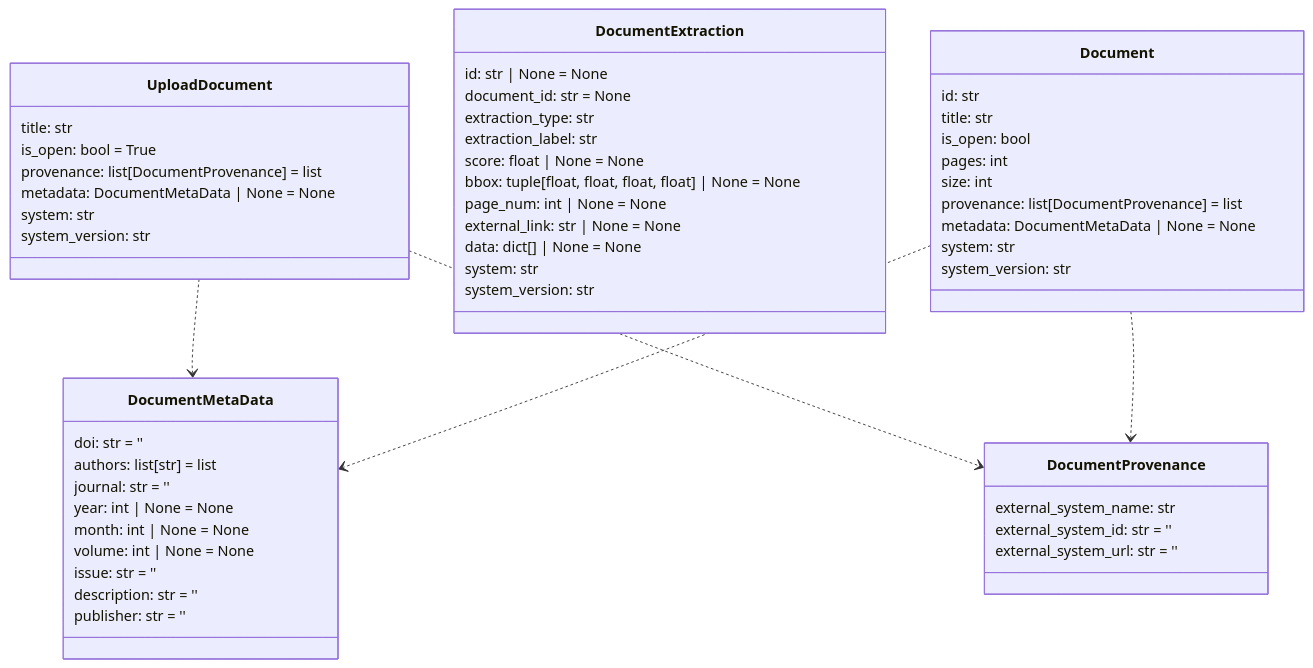
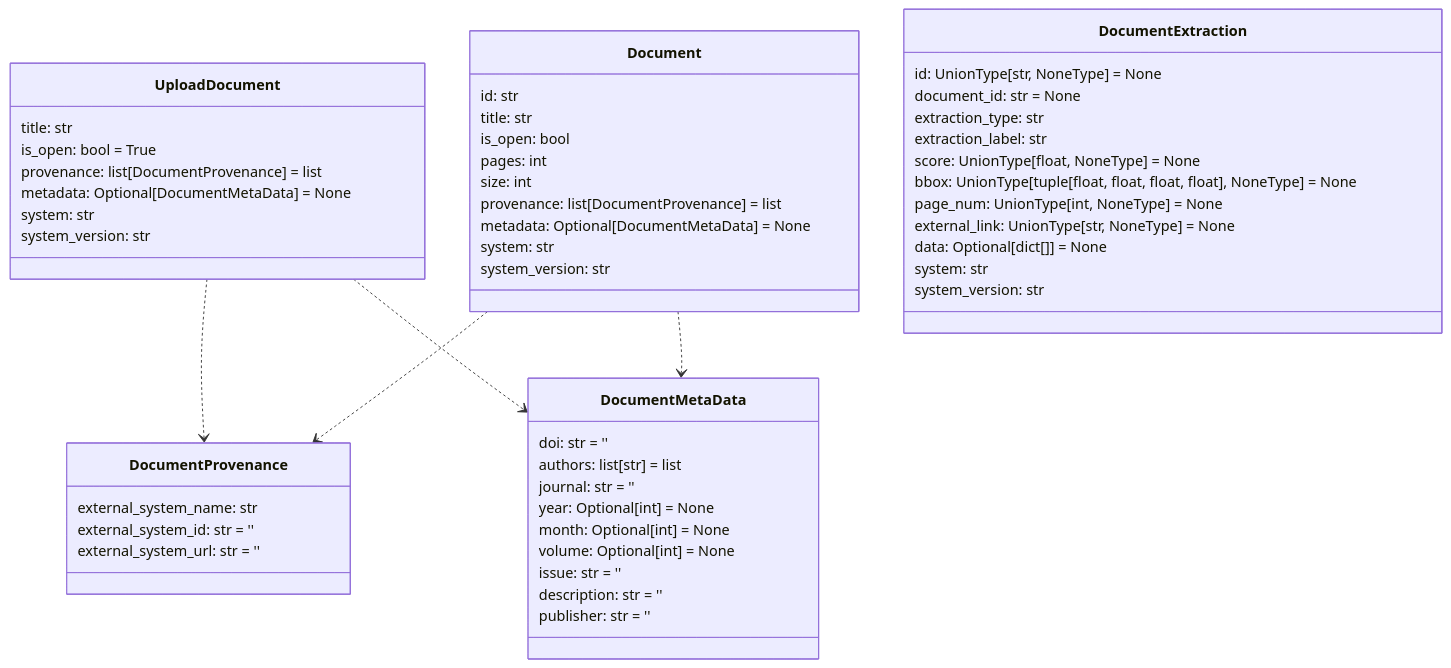
One commit to DARPA-CRITICALMAAS/cdr_schemas changed the ninth of 14 diagrams in README.md. Above: the diagram before and after it, drawn with Mermaid. The commit also changed other lines of this file and 1 other file, not shown here.

````diff
--- a/README.md
+++ b/README.md
@@ -694,63 +694,63 @@
 ```mermaid
 classDiagram
+
+    class Document {
+        id: str
+        title: str
+        is_open: bool
+        pages: int
+        size: int
+        provenance: list[DocumentProvenance] = list
+        metadata: Optional[DocumentMetaData] = None
+        system: str
+        system_version: str
+    }
 
     class DocumentMetaData {
         doi: str = ''
         authors: list[str] = list
         journal: str = ''
-        year: int | None = None
-        month: int | None = None
-        volume: int | None = None
+        year: Optional[int] = None
+        month: Optional[int] = None
+        volume: Optional[int] = None
         issue: str = ''
         description: str = ''
         publisher: str = ''
     }
 
     class DocumentProvenance {
         external_system_name: str
         external_system_id: str = ''
         external_system_url: str = ''
     }
 
     class UploadDocument {
         title: str
         is_open: bool = True
         provenance: list[DocumentProvenance] = list
-        metadata: DocumentMetaData | None = None
+        metadata: Optional[DocumentMetaData] = None
         system: str
         system_version: str
     }
 
     class DocumentExtraction {
-        id: str | None = None
+        id: UnionType[str, NoneType] = None
         document_id: str = None
         extraction_type: str
         extraction_label: str
-        score: float | None = None
-        bbox: tuple[float, float, float, float] | None = None
-        page_num: int | None = None
-        external_link: str | None = None
-        data: dict[] | None = None
+        score: UnionType[float, NoneType] = None
+        bbox: UnionType[tuple[float, float, float, float], NoneType] = None
+        page_num: UnionType[int, NoneType] = None
+        external_link: UnionType[str, NoneType] = None
+        data: Optional[dict[]] = None
         system: str
         system_version: str
     }
 
-    class Document {
-        id: str
-        title: str
-        is_open: bool
-        pages: int
-        size: int
-        provenance: list[DocumentProvenance] = list
-        metadata: DocumentMetaData | None = None
-        system: str
-        system_version: str
-    }
-
+    UploadDocument ..> DocumentProvenance
     UploadDocument ..> DocumentMetaData
-    UploadDocument ..> DocumentProvenance
+    Document ..> DocumentProvenance
     Document ..> DocumentMetaData
-    Document ..> DocumentProvenance
 
 
 ```
````
